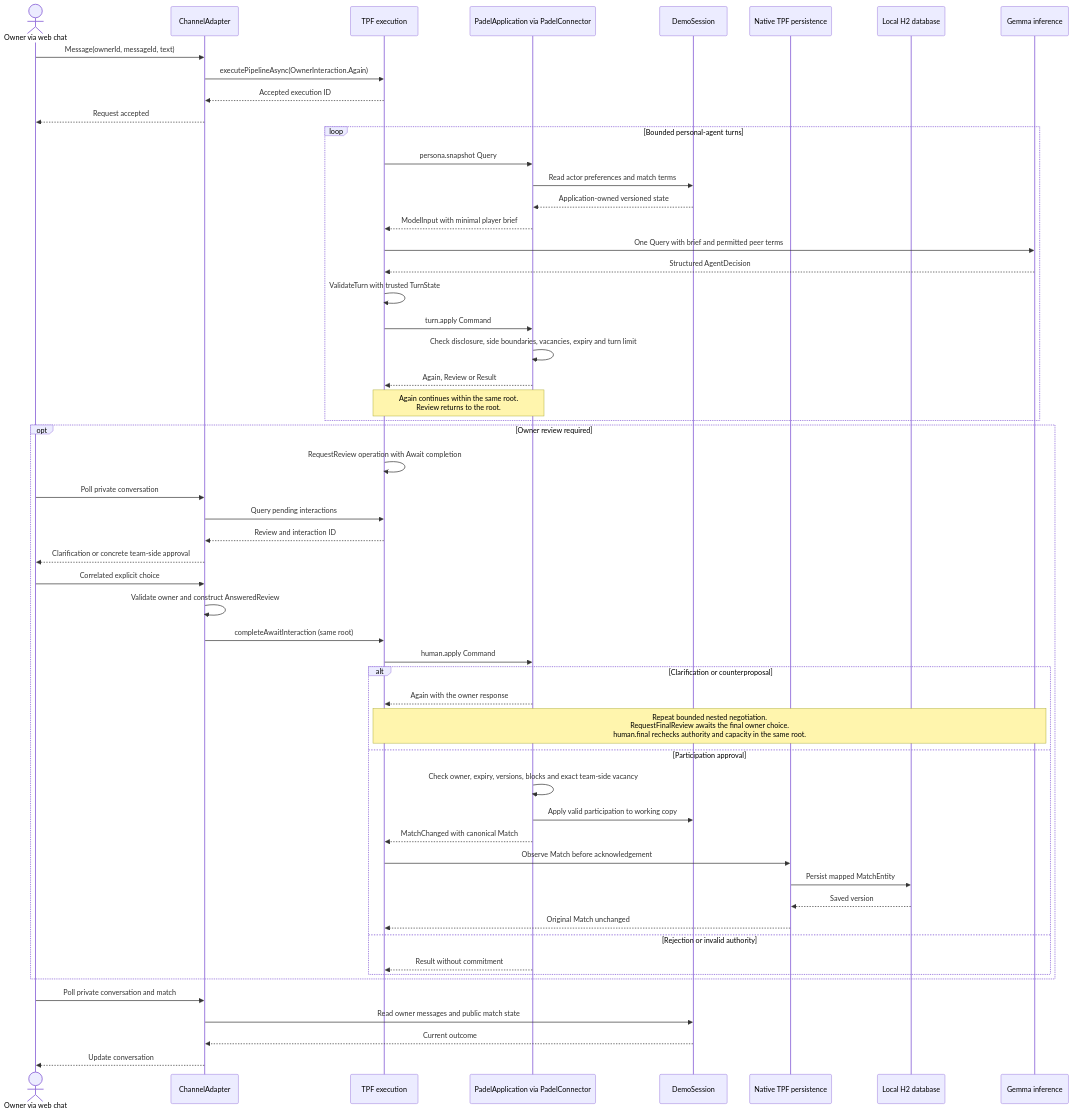
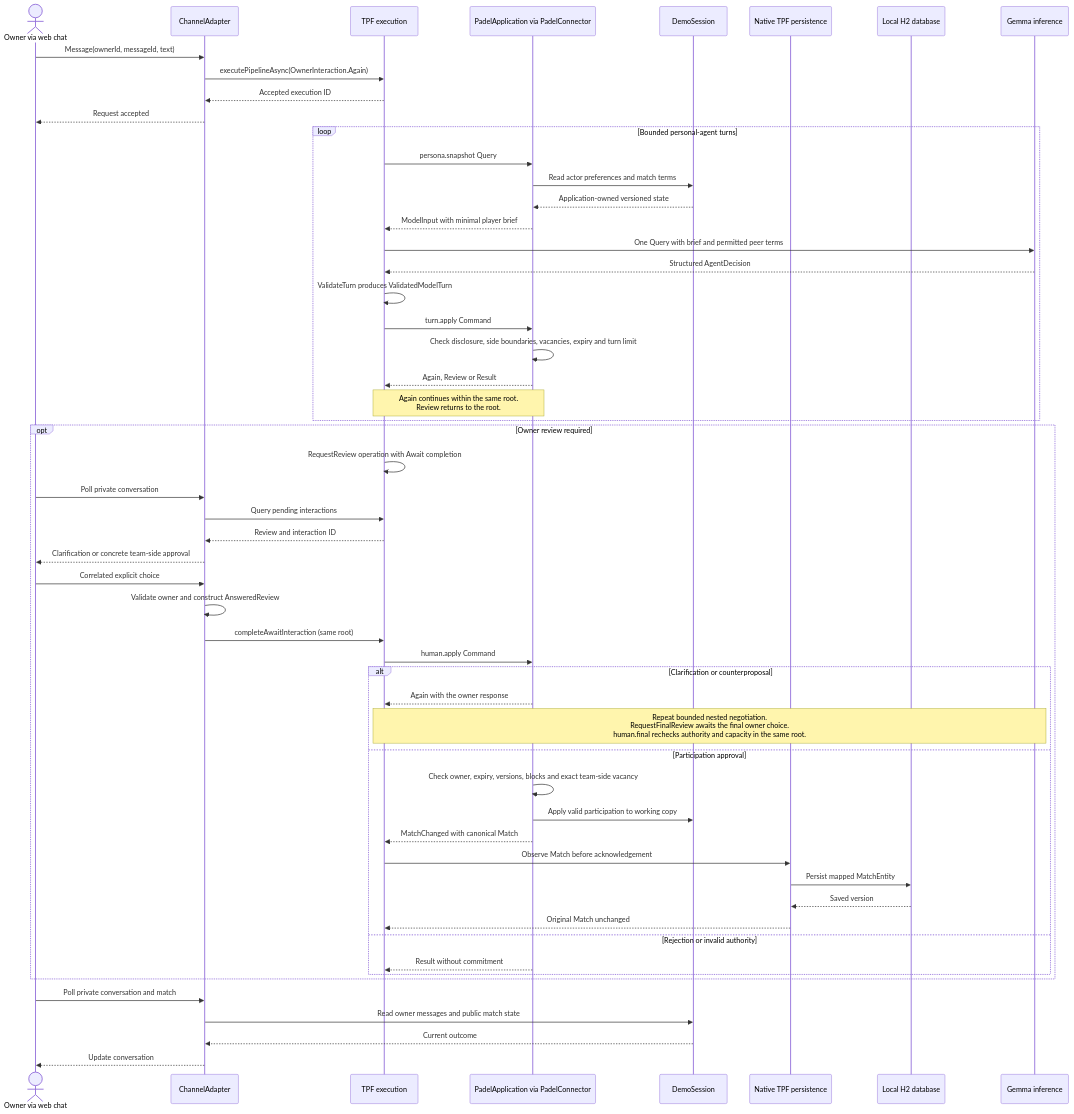
Before and after one commit to The-Pipeline-Framework/padelpot: the first of 2 diagrams in docs/architecture.md, drawn with Mermaid. The commit also changed other lines of this file and 33 other files, not shown here.

````diff
--- a/docs/architecture.md
+++ b/docs/architecture.md
@@ -25,61 +25,61 @@
 ```mermaid
 sequenceDiagram
     actor Owner as Owner via web chat
     participant Channel as ChannelAdapter
     participant TPF as TPF execution
     participant App as PadelApplication via PadelConnector
     participant Session as DemoSession
     participant Persistence as Native TPF persistence
     participant DB as Local H2 database
     participant Gemma as Gemma inference
 
     Owner->>Channel: Message(ownerId, messageId, text)
     Channel->>TPF: executePipelineAsync(OwnerInteraction.Again)
     TPF-->>Channel: Accepted execution ID
     Channel-->>Owner: Request accepted
 
     loop Bounded personal-agent turns
         TPF->>App: persona.snapshot Query
         App->>Session: Read actor preferences and match terms
         Session-->>App: Application-owned versioned state
         App-->>TPF: ModelInput with minimal player brief
         TPF->>Gemma: One Query with brief and permitted peer terms
         Gemma-->>TPF: Structured AgentDecision
-        TPF->>TPF: ValidateTurn with trusted TurnState
+        TPF->>TPF: ValidateTurn produces ValidatedModelTurn
         TPF->>App: turn.apply Command
         App->>App: Check disclosure, side boundaries, vacancies, expiry and turn limit
         App-->>TPF: Again, Review or Result
         Note over TPF,App: Again continues within the same root.<br/>Review returns to the root.
     end
 
     opt Owner review required
         TPF->>TPF: RequestReview operation with Await completion
         Owner->>Channel: Poll private conversation
         Channel->>TPF: Query pending interactions
         TPF-->>Channel: Review and interaction ID
         Channel-->>Owner: Clarification or concrete team-side approval
         Owner->>Channel: Correlated explicit choice
         Channel->>Channel: Validate owner and construct AnsweredReview
         Channel->>TPF: completeAwaitInteraction (same root)
         TPF->>App: human.apply Command
         alt Clarification or counterproposal
             App-->>TPF: Again with the owner response
             Note over TPF,Gemma: Repeat bounded nested negotiation.<br/>RequestFinalReview awaits the final owner choice.<br/>human.final rechecks authority and capacity in the same root.
         else Participation approval
             App->>App: Check owner, expiry, versions, blocks and exact team-side vacancy
             App->>Session: Apply valid participation to working copy
             App-->>TPF: MatchChanged with canonical Match
             TPF->>Persistence: Observe Match before acknowledgement
             Persistence->>DB: Persist mapped MatchEntity
             DB-->>Persistence: Saved version
             Persistence-->>TPF: Original Match unchanged
         else Rejection or invalid authority
             App-->>TPF: Result without commitment
         end
     end
 
     Owner->>Channel: Poll private conversation and match
     Channel->>Session: Read owner messages and public match state
     Session-->>Channel: Current outcome
     Channel-->>Owner: Update conversation
 ```
````
